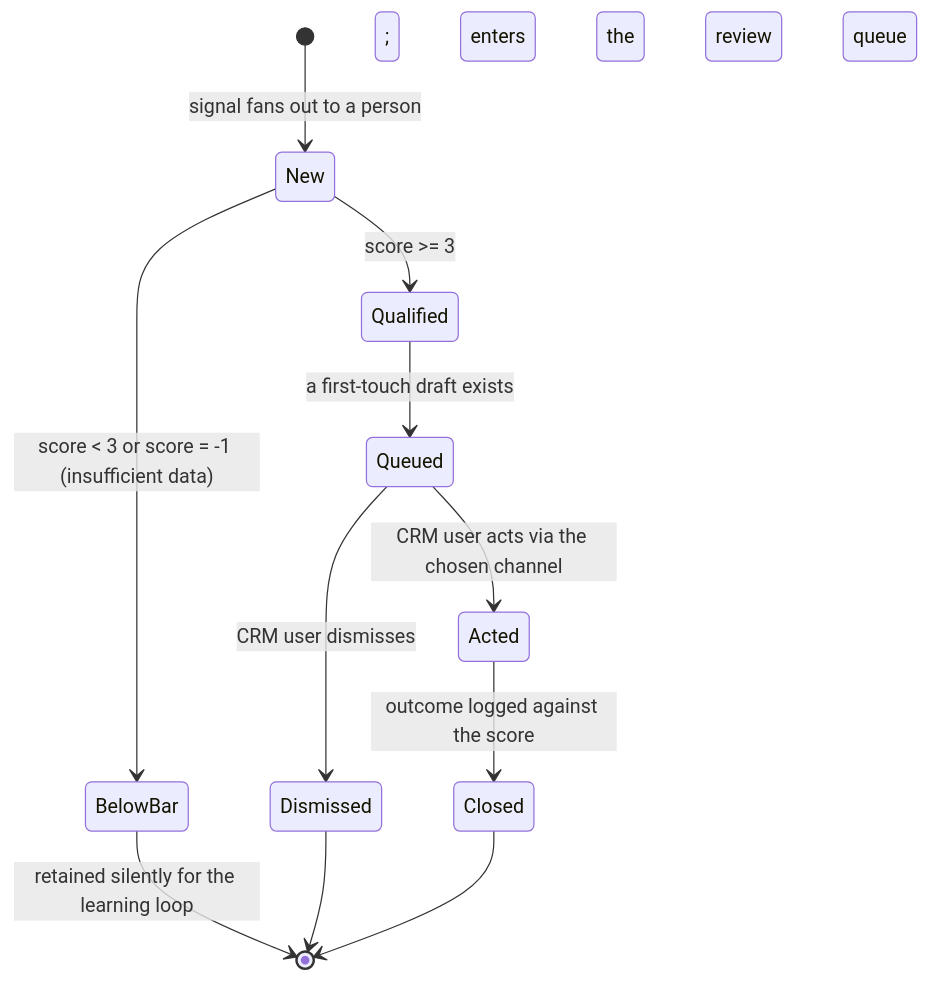
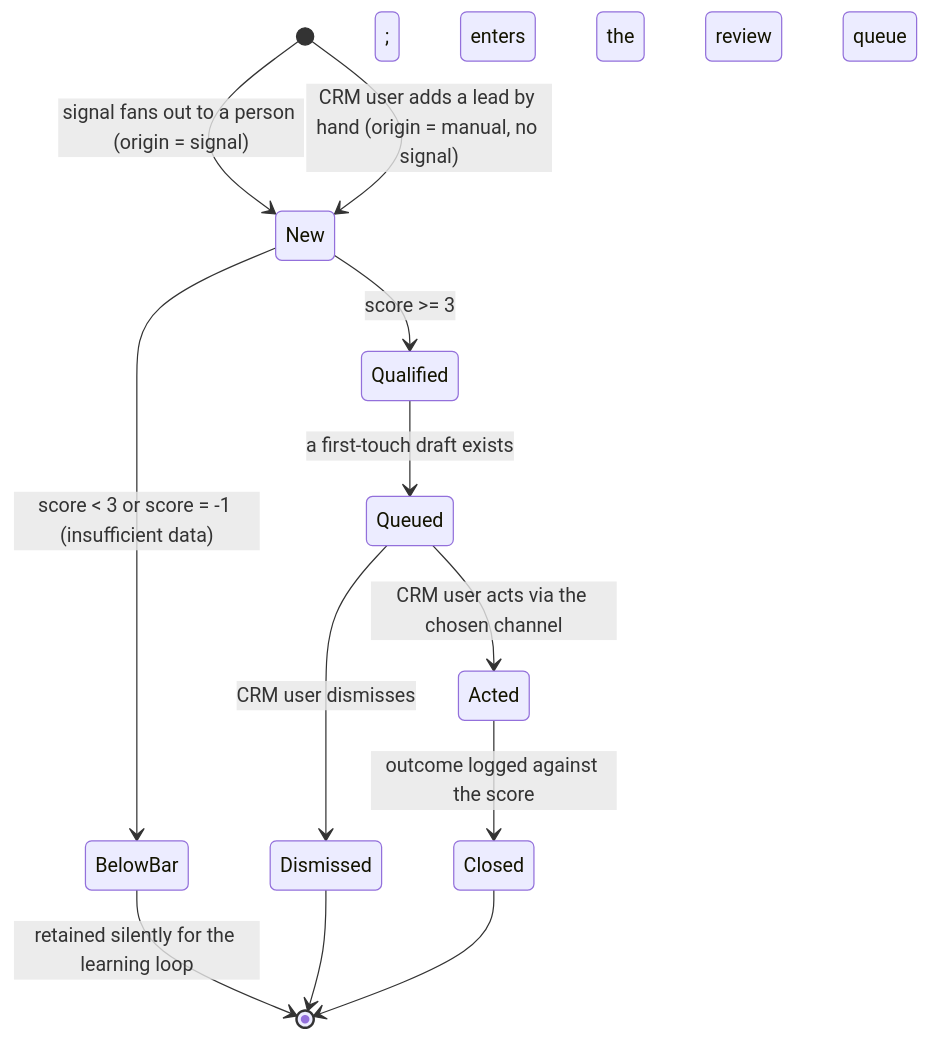
One commit to m-ratnikov/wisery-crm changed the second of 2 diagrams in docs/architecture/domain-model.md. Above: the diagram before and after it, drawn with Mermaid. The commit also changed other lines of this file and 127 other files, not shown here.

````diff
--- a/docs/architecture/domain-model.md
+++ b/docs/architecture/domain-model.md
@@ -157,13 +164,14 @@
 ```mermaid
 stateDiagram-v2
-    [*] --> New : signal fans out to a person
+    [*] --> New : signal fans out to a person (origin = signal)
+    [*] --> New : CRM user adds a lead by hand (origin = manual, no signal)
     New --> BelowBar : score < 3 or score = -1 (insufficient data)
     New --> Qualified : score >= 3
     Qualified --> Queued : a first-touch draft exists; enters the review queue
     Queued --> Acted : CRM user acts via the chosen channel
     Queued --> Dismissed : CRM user dismisses
     Acted --> Closed : outcome logged against the score
     BelowBar --> [*] : retained silently for the learning loop
     Dismissed --> [*]
     Closed --> [*]
 ```
````
